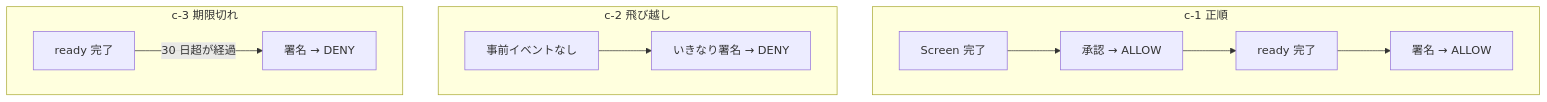
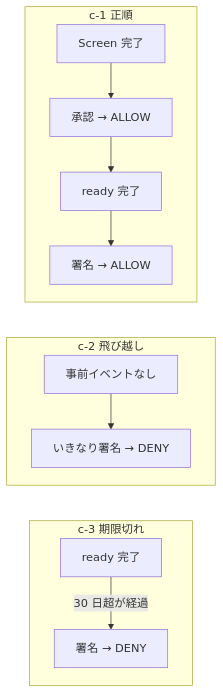
The fourth of 7 diagrams in articles/030-dogwood-temporal-policy-vs-n8n-guard.md (shinichitazawa/zenn-articles), drawn with Mermaid before and after one commit. The commit also changed other lines of this file and 6 other files, not shown here.

````diff
--- a/articles/030-dogwood-temporal-policy-vs-n8n-guard.md
+++ b/articles/030-dogwood-temporal-policy-vs-n8n-guard.md
@@ -158,14 +159,16 @@
 ```mermaid
 flowchart TB
   subgraph c1[c-1 正順]
     a1[Screen 完了] --> a2[承認 → ALLOW]
     a2 --> a3[ready 完了]
     a3 --> a4[署名 → ALLOW]
   end
   subgraph c2[c-2 飛び越し]
     b1[事前イベントなし] --> b2[いきなり署名 → DENY]
   end
   subgraph c3[c-3 期限切れ]
     d1[ready 完了] -->|30 日超が経過| d2[署名 → DENY]
   end
+  a4 ~~~ b1
+  b2 ~~~ d1
 ```
````
